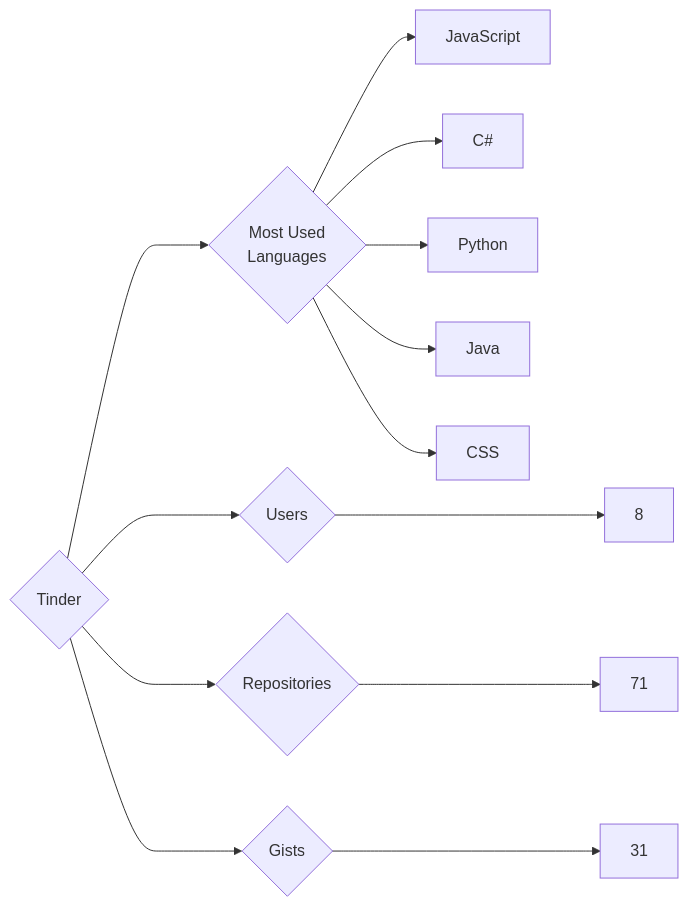
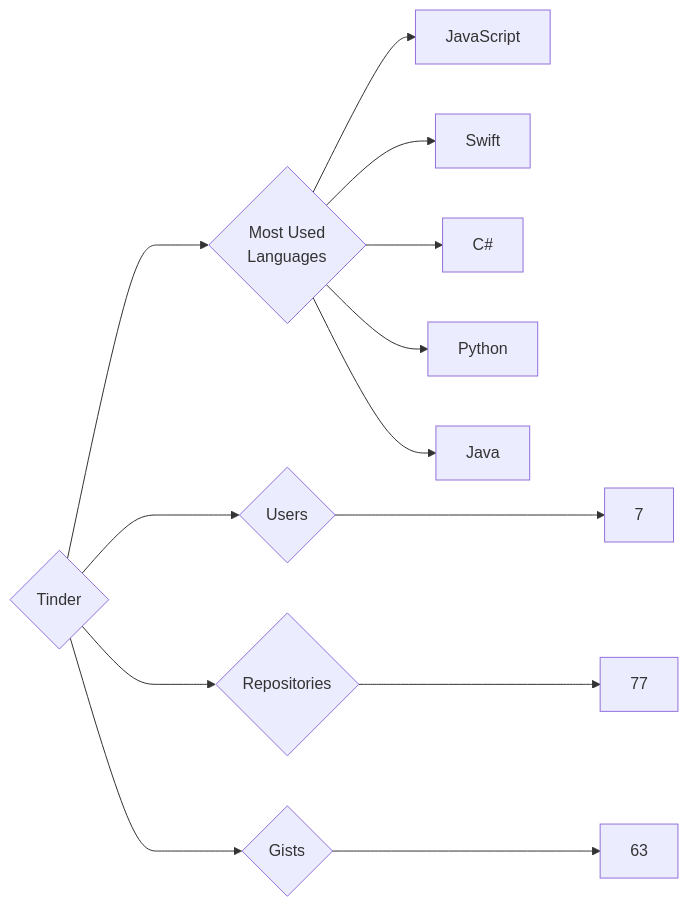
The diagram in targets/Tinder/README.md (trickest/insiders), drawn with Mermaid before and after one commit. The commit also changed 939 other files, not shown here.

````diff
--- a/targets/Tinder/README.md
+++ b/targets/Tinder/README.md
@@ -3,13 +3,13 @@
 ```mermaid
 graph LR
 COMPANY_NAME{Tinder}
-COMPANY_NAME ---> U{Users} ---> UN[8]
-COMPANY_NAME ---> R{Repositories} ---> RN[71]
-COMPANY_NAME ---> G{Gists} ---> GN[31]
+COMPANY_NAME ---> U{Users} ---> UN[7]
+COMPANY_NAME ---> R{Repositories} ---> RN[77]
+COMPANY_NAME ---> G{Gists} ---> GN[63]
 COMPANY_NAME ---> ML{Most Used<br>Languages}
 ML --> JavaScript[JavaScript]
+ML --> Swift[Swift]
 ML --> C#[C#]
 ML --> Python[Python]
 ML --> Java[Java]
-ML --> CSS[CSS]
 ```
````
